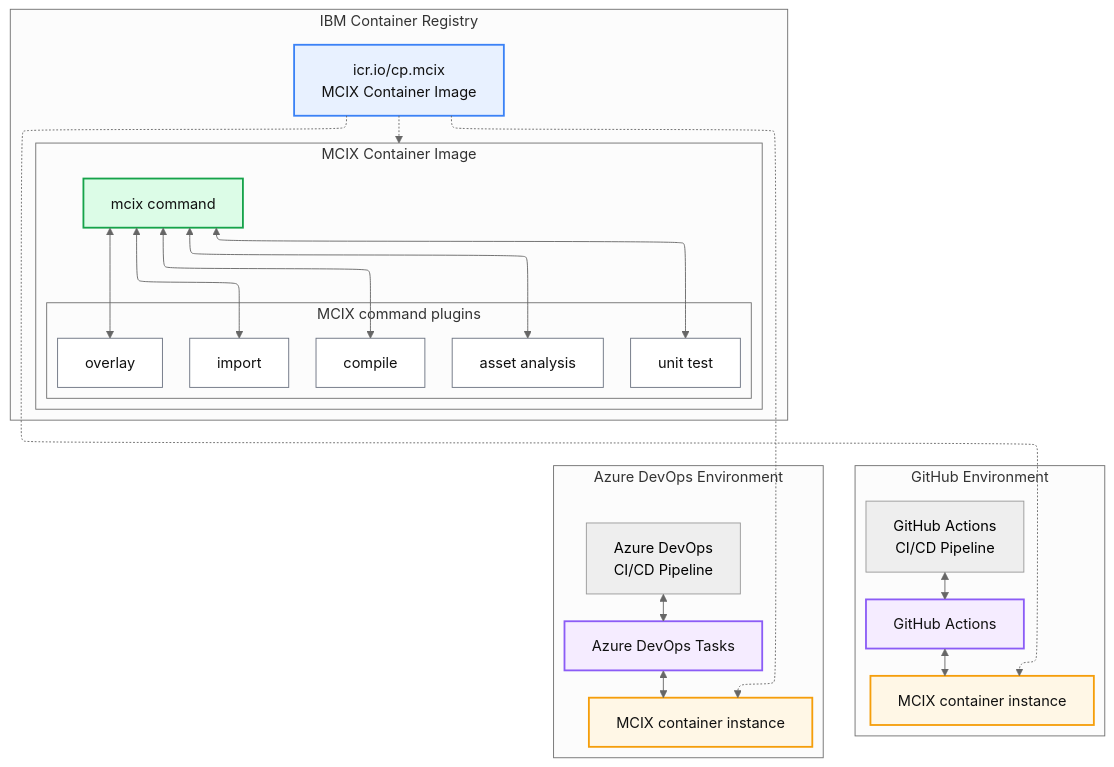
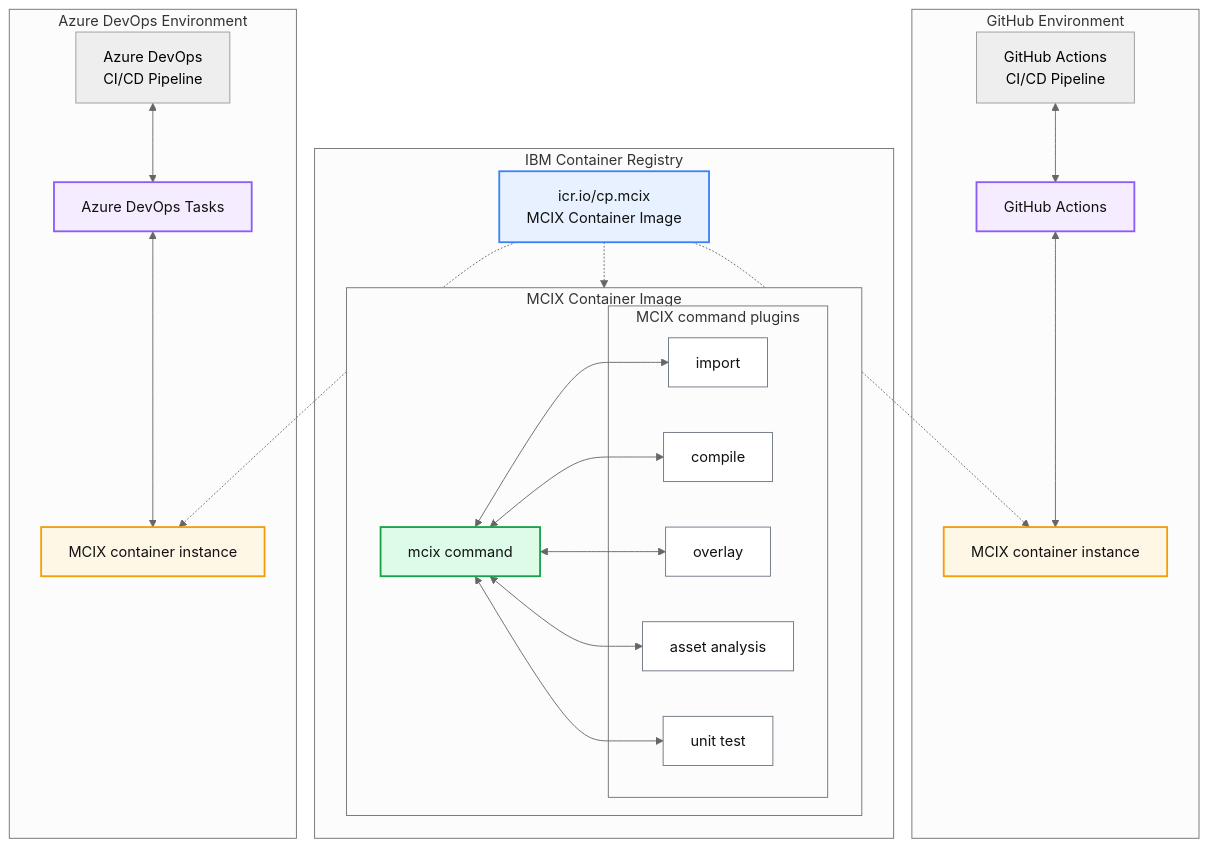
The diagram in ARCHITECTURE.md (MettleCI/mcix), drawn with Mermaid (neutral theme) before and after one commit.

Commit message:
Remove config section from Mermaid diagram
Removed configuration section from Mermaid diagram.

````diff
--- a/ARCHITECTURE.md
+++ b/ARCHITECTURE.md
@@ -1,8 +1,4 @@
 ```mermaid
-  ---
-  config:
-    layout: elk
-  ---
   flowchart TD
 
   %% =========================
````
